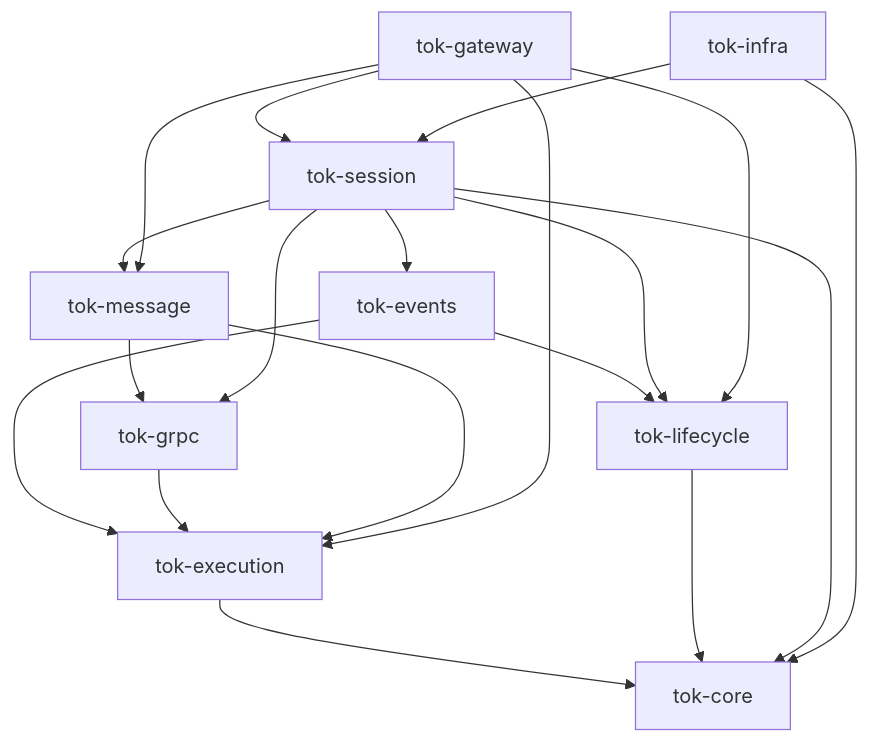
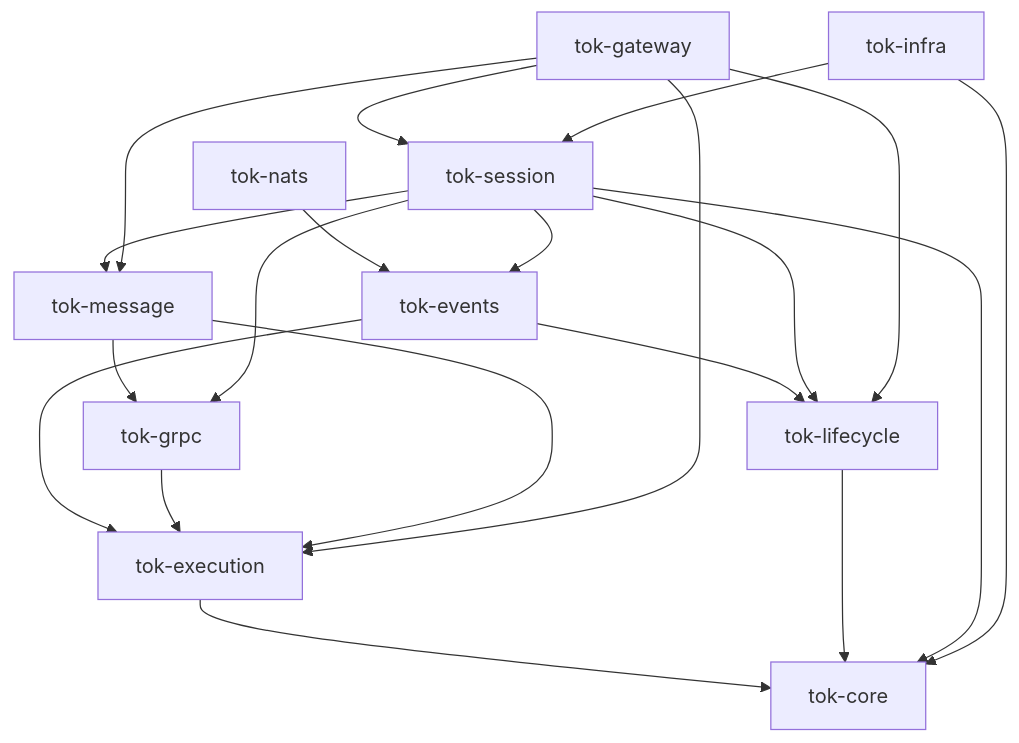
The diagram in docs/design.md (gmbytes/tok), drawn with Mermaid before and after one commit. The commit also changed other lines of this file and 37 other files, not shown here.

````diff
--- a/docs/design.md
+++ b/docs/design.md
@@ -40,21 +40,22 @@
 ```mermaid
 flowchart TD
     execution[tok-execution] --> core[tok-core]
     lifecycle[tok-lifecycle] --> core
     session[tok-session] --> core
     events[tok-events] --> execution
     events --> lifecycle
+    nats[tok-nats] --> events
     grpc[tok-grpc] --> execution
     message[tok-message] --> execution
     message --> grpc
     session --> message
     session --> grpc
     session --> events
     session --> lifecycle
     gateway[tok-gateway] --> execution
     gateway --> lifecycle
     gateway --> session
     gateway --> message
     infra[tok-infra] --> core
     infra --> session
 ```
````
